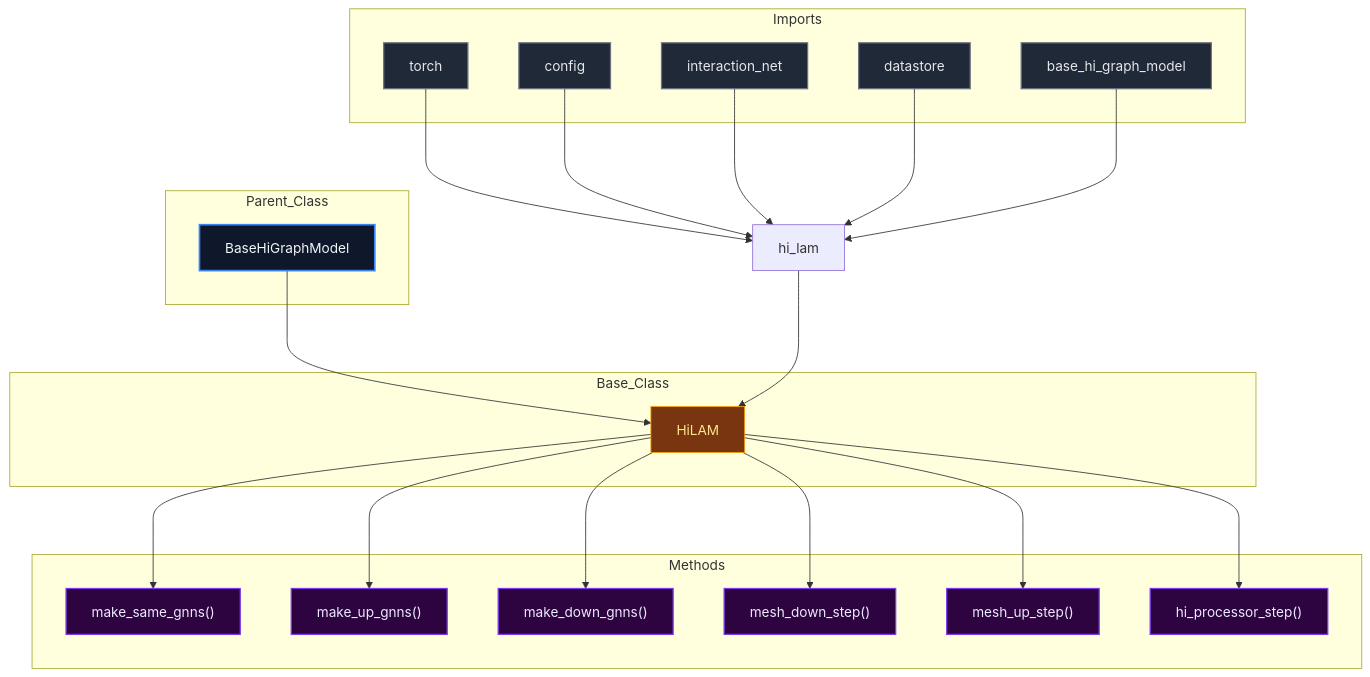
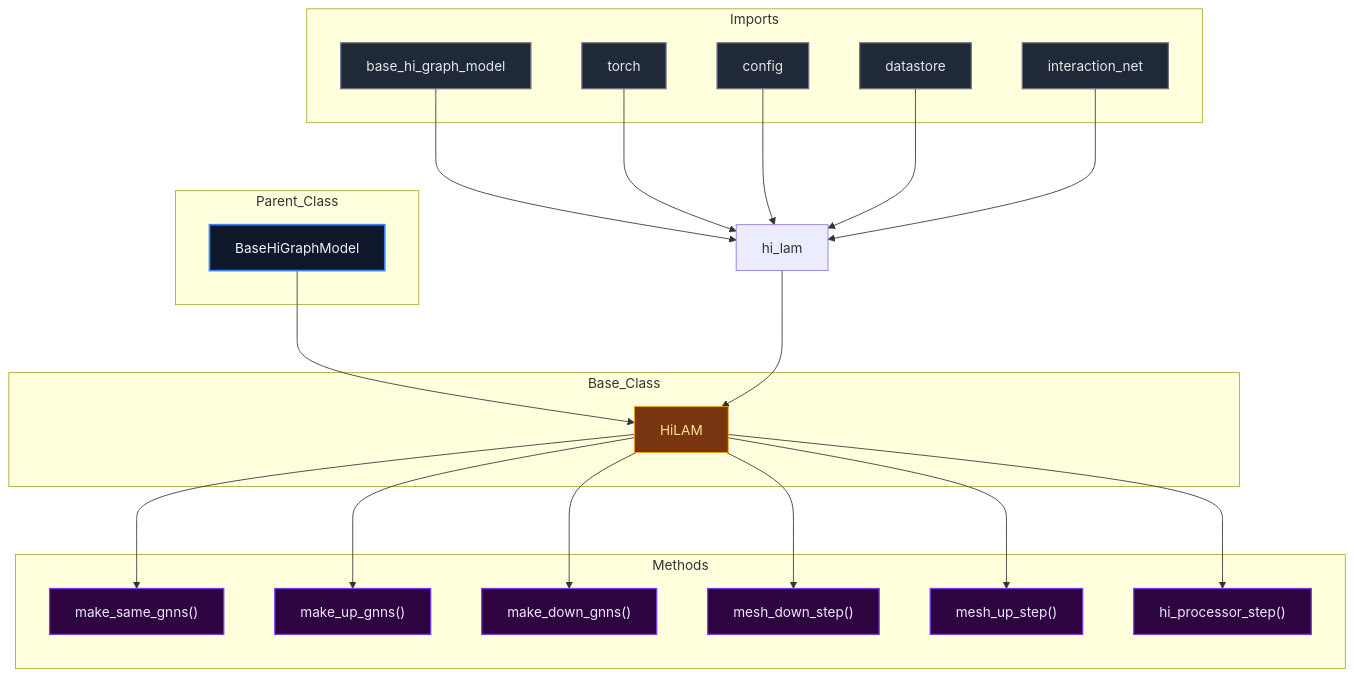
Before and after one commit to mllam/neural-lam: the diagram in docs/diagrams/hi_lam_diagram.md, drawn with Mermaid. The commit also changed 18 other files, not shown here.

Commit message:
Auto-update Mermaid diagrams

````diff
--- a/docs/diagrams/hi_lam_diagram.md
+++ b/docs/diagrams/hi_lam_diagram.md
@@ -1,58 +1,58 @@
 ```mermaid
 %%{init: {'flowchart': {'nodeSpacing': 60, 'rankSpacing': 80}}}%%
 flowchart TD
 
 module["hi_lam"]
 
 subgraph Parent_Class
     BaseHiGraphModel["BaseHiGraphModel"]
 end
 
 subgraph Base_Class
     HiLAM["HiLAM"]
 end
 
     BaseHiGraphModel --> HiLAM
 
 subgraph Imports
+    base_hi_graph_model["base_hi_graph_model"]
     torch["torch"]
     config["config"]
+    datastore["datastore"]
     interaction_net["interaction_net"]
-    datastore["datastore"]
-    base_hi_graph_model["base_hi_graph_model"]
 end
 
+    base_hi_graph_model --> module
     torch --> module
     config --> module
+    datastore --> module
     interaction_net --> module
-    datastore --> module
-    base_hi_graph_model --> module
     module --> HiLAM
 
 subgraph Methods
     HiLAM_make_same_gnns["make_same_gnns()"]
     HiLAM_make_up_gnns["make_up_gnns()"]
     HiLAM_make_down_gnns["make_down_gnns()"]
     HiLAM_mesh_down_step["mesh_down_step()"]
     HiLAM_mesh_up_step["mesh_up_step()"]
     HiLAM_hi_processor_step["hi_processor_step()"]
 end
 
     HiLAM --> HiLAM_make_same_gnns
     HiLAM --> HiLAM_make_up_gnns
     HiLAM --> HiLAM_make_down_gnns
     HiLAM --> HiLAM_mesh_down_step
     HiLAM --> HiLAM_mesh_up_step
     HiLAM --> HiLAM_hi_processor_step
 
 classDef parent fill:#0f172a,stroke:#3b82f6,stroke-width:2px,color:#f1f5f9,font-size:16px
 classDef base fill:#78350f,stroke:#f59e0b,stroke-width:1px,color:#fde68a,font-size:16px
 classDef import fill:#1f2937,stroke:#6b7280,stroke-width:1.5px,color:#e5e7eb,font-size:16px
 classDef method fill:#2d043f,stroke:#7c3aed,stroke-width:1.5px,color:#ede9fe,font-size:16px
 classDef callNode fill:#064e3b,stroke:#10b981,stroke-width:1.5px,color:#d1fae5,font-size:16px
 class BaseHiGraphModel parent
 class HiLAM base
-class torch,config,interaction_net,datastore,base_hi_graph_model import
+class base_hi_graph_model,torch,config,datastore,interaction_net import
 class HiLAM_make_same_gnns,HiLAM_make_up_gnns,HiLAM_make_down_gnns,HiLAM_mesh_down_step,HiLAM_mesh_up_step,HiLAM_hi_processor_step method
 
 ```
````
